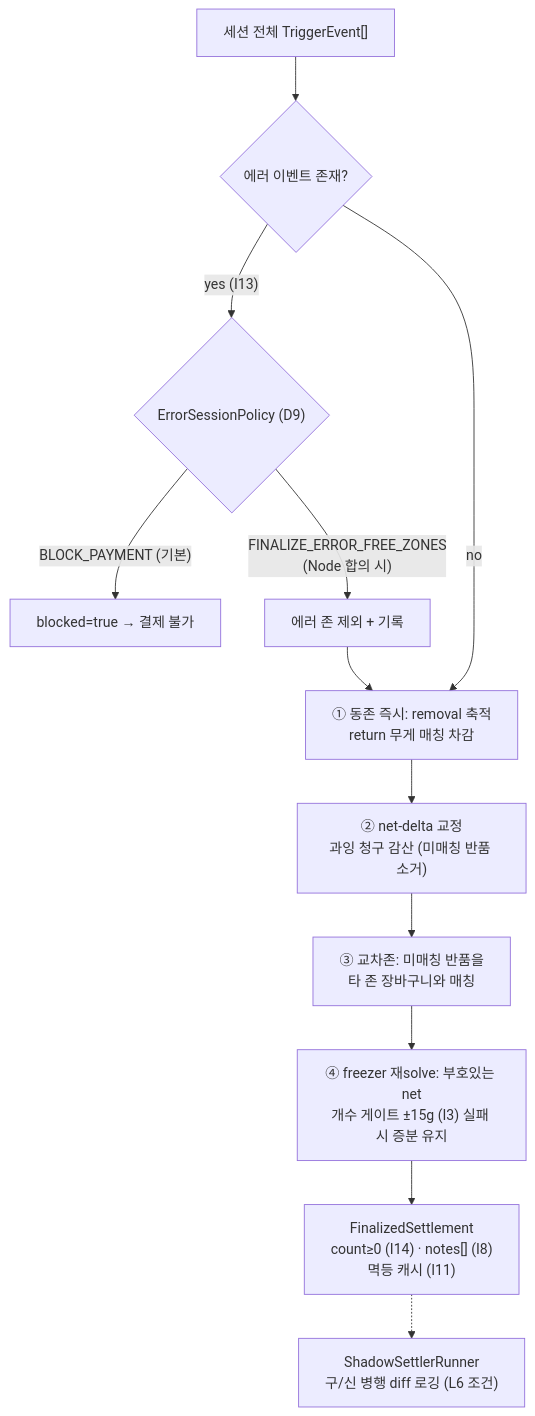
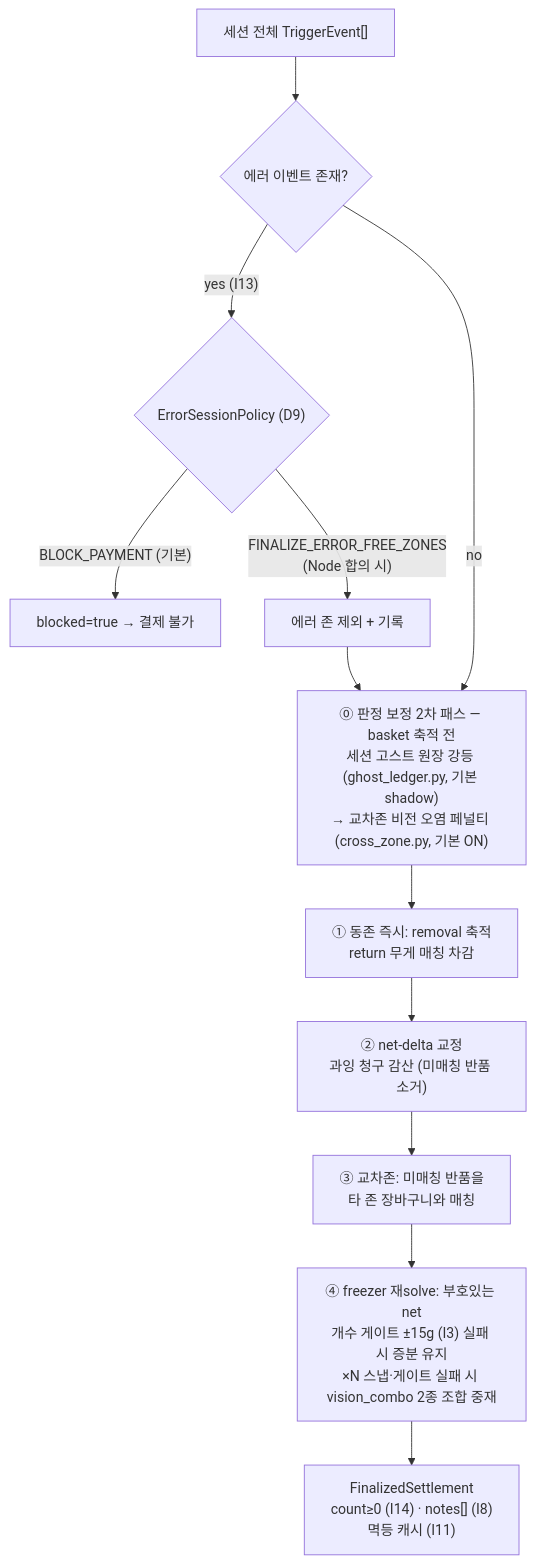
One commit to CHAI-Student/CRK-model-HG changed the fourth of 5 diagrams in README.md. Above: the diagram before and after it, drawn with Mermaid. The commit also changed other lines of this file and 12 other files, not shown here.

````diff
--- a/README.md
+++ b/README.md
@@ -398,17 +399,17 @@
 ```mermaid
 flowchart TD
     EVS["세션 전체 TriggerEvent[]"] --> ERR{"에러 이벤트 존재?"}
     ERR -- "yes (I13)" --> POL{"ErrorSessionPolicy (D9)"}
     POL -- "BLOCK_PAYMENT (기본)" --> BLK["blocked=true → 결제 불가"]
     POL -- "FINALIZE_ERROR_FREE_ZONES<br/>(Node 합의 시)" --> EXC["에러 존 제외 + 기록"]
-    ERR -- no --> P1
-    EXC --> P1
+    ERR -- no --> PRE
+    EXC --> PRE
 
+    PRE["⓪ 판정 보정 2차 패스 — basket 축적 전<br/>세션 고스트 원장 강등 (ghost_ledger.py, 기본 shadow)<br/>→ 교차존 비전 오염 페널티 (cross_zone.py, 기본 ON)"] --> P1
     P1["① 동존 즉시: removal 축적<br/>return 무게 매칭 차감"] --> P2
     P2["② net-delta 교정<br/>과잉 청구 감산 (미매칭 반품 소거)"] --> P3
     P3["③ 교차존: 미매칭 반품을<br/>타 존 장바구니와 매칭"] --> P4
-    P4["④ freezer 재solve: 부호있는 net<br/>개수 게이트 ±15g (I3) 실패 시 증분 유지"] --> OUT
+    P4["④ freezer 재solve: 부호있는 net<br/>개수 게이트 ±15g (I3) 실패 시 증분 유지<br/>×N 스냅·게이트 실패 시 vision_combo 2종 조합 중재"] --> OUT
 
     OUT["FinalizedSettlement<br/>count≥0 (I14) · notes[] (I8)<br/>멱등 캐시 (I11)"]
-    OUT -.-> SHDW["ShadowSettlerRunner<br/>구/신 병행 diff 로깅 (L6 조건)"]
 ```
````
